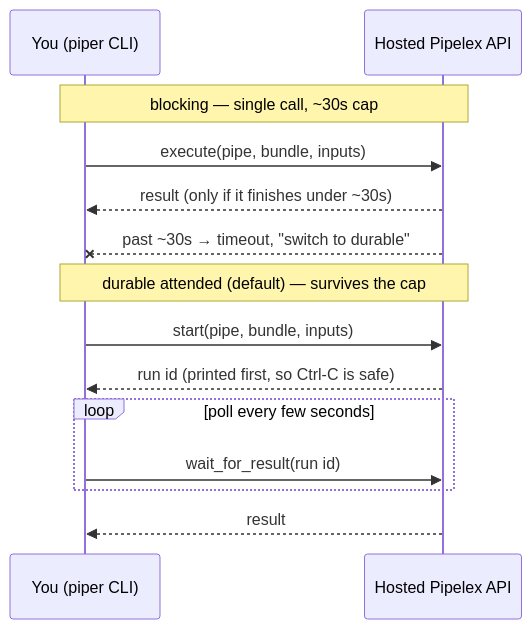
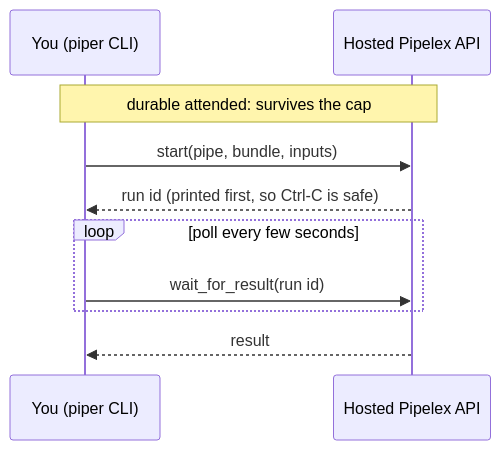
Before and after one commit to Pipelex/pipelex-starter-python: the fourth of 5 diagrams in README.md, drawn with Mermaid. The commit also changed other lines of this file, not shown here.

````diff
--- a/README.md
+++ b/README.md
@@ -164,16 +190,12 @@
 ```mermaid
 sequenceDiagram
     participant U as You (piper CLI)
     participant API as Hosted Pipelex API
-    Note over U,API: blocking — single call, ~30s cap
-    U->>API: execute(pipe, bundle, inputs)
-    API-->>U: result (only if it finishes under ~30s)
-    API--xU: past ~30s → timeout, "switch to durable"
-    Note over U,API: durable attended (default) — survives the cap
+    Note over U,API: durable attended: survives the cap
     U->>API: start(pipe, bundle, inputs)
     API-->>U: run id (printed first, so Ctrl-C is safe)
     loop poll every few seconds
         U->>API: wait_for_result(run id)
     end
     API-->>U: result
 ```
````
